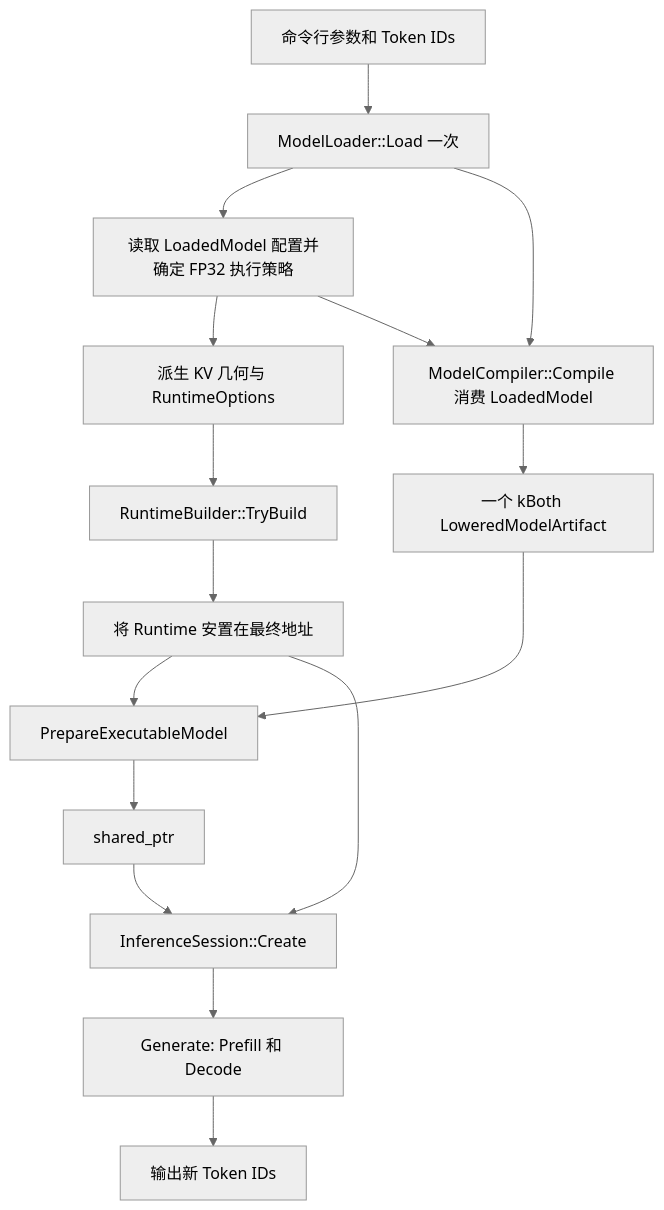
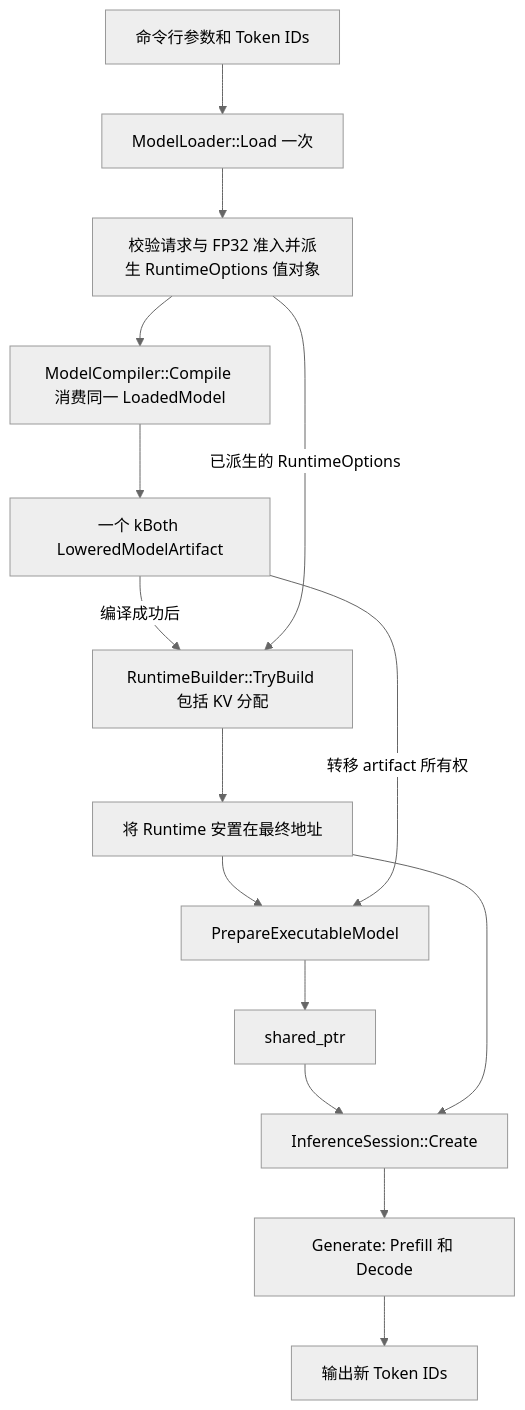
The diagram in docs/improvement-plan/10-upper-level-runtime-assembly.md (fengjiran/AetherMind), drawn with Mermaid (neutral theme) before and after one commit. The commit also changed other lines of this file and 3 other files, not shown here.

````diff
--- a/docs/improvement-plan/10-upper-level-runtime-assembly.md
+++ b/docs/improvement-plan/10-upper-level-runtime-assembly.md
@@ -58,18 +61,17 @@
 ```mermaid
 flowchart TD
     A[命令行参数和 Token IDs] --> B[ModelLoader::Load 一次]
-    B --> C[读取 LoadedModel 配置并确定 FP32 执行策略]
-    C --> D[派生 KV 几何与 RuntimeOptions]
-    D --> E[RuntimeBuilder::TryBuild]
-    E --> F[将 Runtime 安置在最终地址]
-    B --> G[ModelCompiler::Compile 消费 LoadedModel]
-    C --> G
-    G --> H[一个 kBoth LoweredModelArtifact]
-    F --> I[PrepareExecutableModel]
-    H --> I
-    I --> J[shared_ptr<const ExecutableModel>]
-    J --> K[InferenceSession::Create]
-    F --> K
+    B --> C[校验请求与 FP32 准入并派生 RuntimeOptions 值对象]
+    C --> D[ModelCompiler::Compile 消费同一 LoadedModel]
+    D --> E[一个 kBoth LoweredModelArtifact]
+    E -->|编译成功后| F[RuntimeBuilder::TryBuild 包括 KV 分配]
+    C -->|已派生的 RuntimeOptions| F
+    F --> G[将 Runtime 安置在最终地址]
+    G --> H[PrepareExecutableModel]
+    E -->|转移 artifact 所有权| H
+    H --> I[shared_ptr<const ExecutableModel>]
+    I --> K[InferenceSession::Create]
+    G --> K
     K --> L[Generate: Prefill 和 Decode]
     L --> M[输出新 Token IDs]
 ```
````
